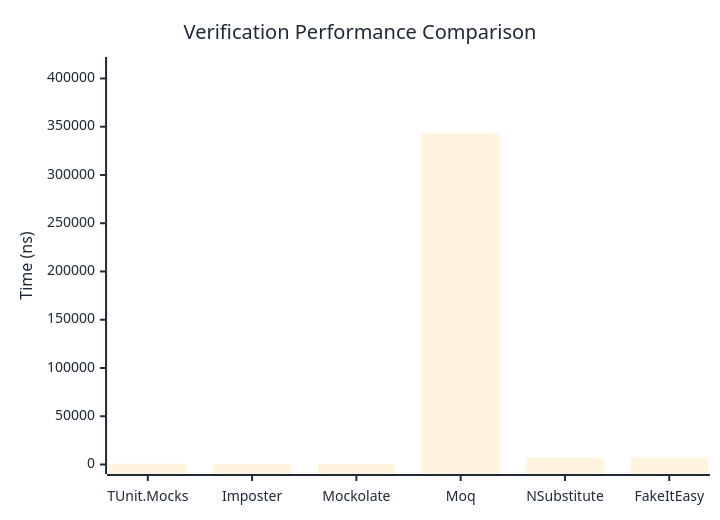
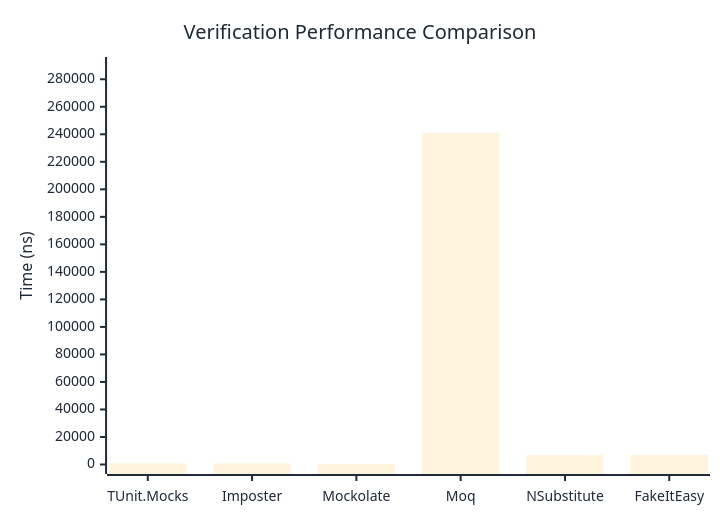
Before and after one commit to thomhurst/TUnit: the first of 3 diagrams in docs/docs/benchmarks/mocks/Verification.md, drawn with Mermaid. The commit also changed other lines of this file and 14 other files, not shown here.

````diff
--- a/docs/docs/benchmarks/mocks/Verification.md
+++ b/docs/docs/benchmarks/mocks/Verification.md
@@ -30,27 +30,27 @@
 ```mermaid
 %%{init: {
   'theme':'base',
   'themeVariables': {
     'primaryColor': '#2563eb',
     'primaryTextColor': '#1f2937',
     'primaryBorderColor': '#1e40af',
     'lineColor': '#6b7280',
     'secondaryColor': '#7c3aed',
     'tertiaryColor': '#dc2626',
     'background': '#ffffff',
     'pie1': '#2563eb',
     'pie2': '#7c3aed',
     'pie3': '#dc2626',
     'pie4': '#f59e0b',
     'pie5': '#10b981',
     'pie6': '#06b6d4',
     'pie7': '#ec4899',
     'pie8': '#6366f1'
   }
 }}%%
 xychart-beta
   title "Verification Performance Comparison"
   x-axis ["TUnit.Mocks", "Imposter", "Mockolate", "Moq", "NSubstitute", "FakeItEasy"]
-  y-axis "Time (ns)" 0 --> 412395
-  bar [695.1, 670.32, 404.79, 343662.08, 6980.37, 7224.13]
+  y-axis "Time (ns)" 0 --> 289275
+  bar [796.36, 794.44, 405.51, 241062.02, 6785.64, 6875.33]
 ```
````
